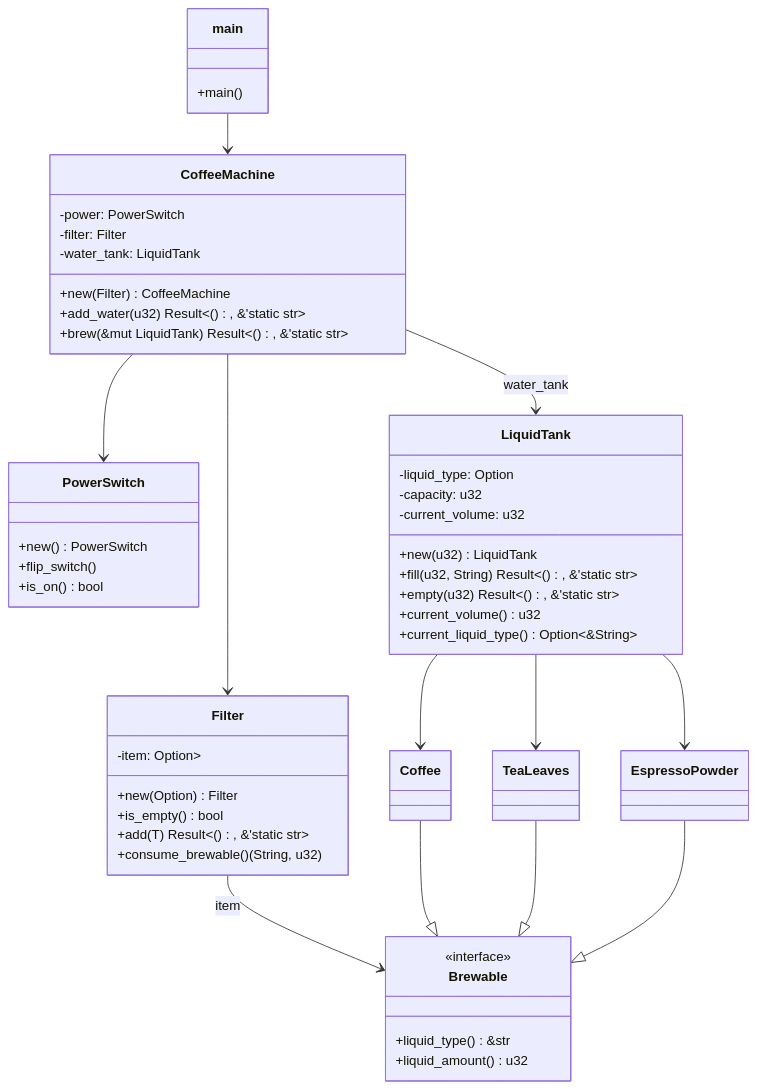
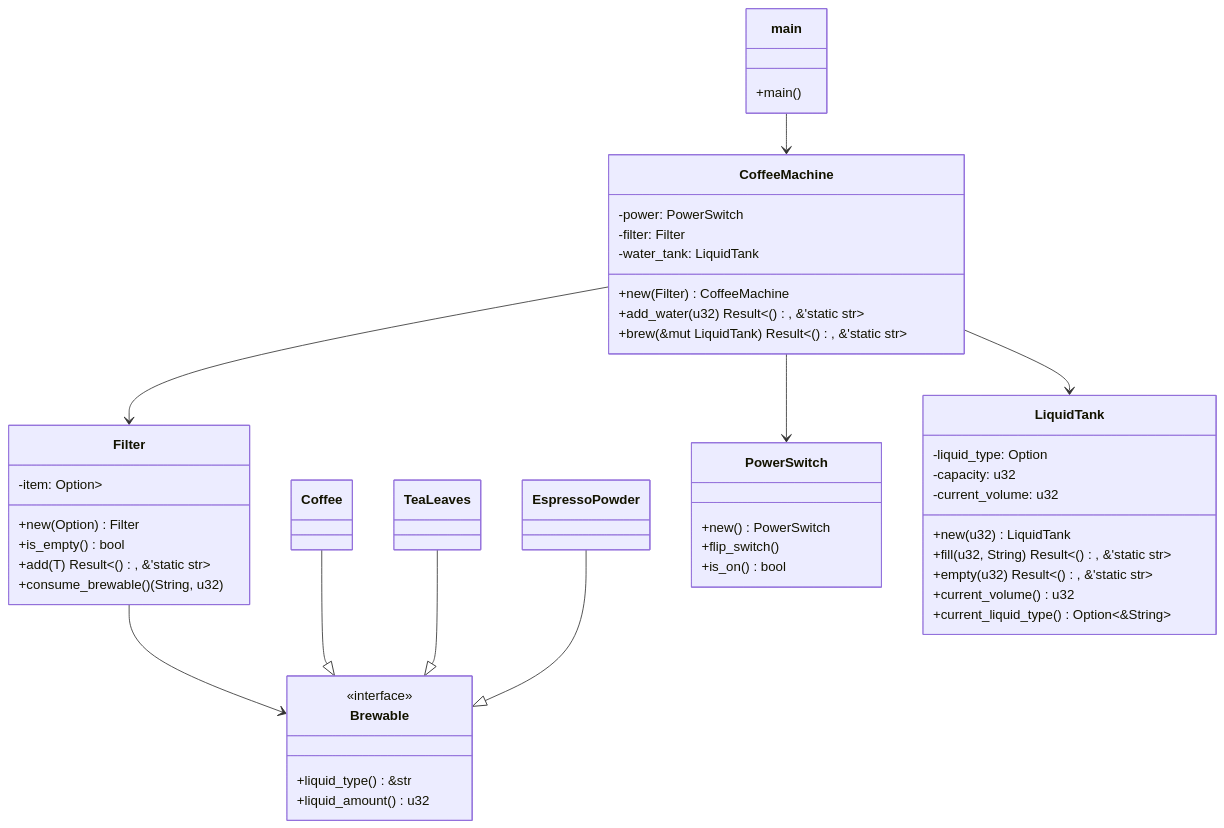
Before and after one commit to emils0/Rust-OOP: the diagram in coffee-machine/README.md, drawn with Mermaid.

Commit message:
Fixed up the diagram a bit.

````diff
--- a/coffee-machine/README.md
+++ b/coffee-machine/README.md
@@ -3,67 +3,59 @@
 ```mermaid
 classDiagram
     class main{
         +main()
     }
 
     class CoffeeMachine{
         +new(Filter) CoffeeMachine
         +add_water(u32) Result<(), &'static str>
         +brew(&mut LiquidTank) Result<(), &'static str>
         -power: PowerSwitch
         -filter: Filter
         -water_tank: LiquidTank
     }
 
     class Brewable{
         <<interface>>
         +liquid_type() &str
         +liquid_amount() u32
     }
 
-    class Coffee{
-    }
-
-    class TeaLeaves{
-    }
-
-    class EspressoPowder{
-    }
+    class Coffee{}
+    class TeaLeaves{}
+    class EspressoPowder{}
 
     class Filter{
         +new(Option<T>) Filter
         +is_empty() bool
         +add(T) Result<(), &'static str>
         +consume_brewable() (String, u32)
         -item: Option<Box<dyn Brewable>>
     }
 
     class PowerSwitch{
         +new() PowerSwitch
         +flip_switch()
         +is_on() bool
     }
 
     class LiquidTank{
         +new(u32) LiquidTank
         +fill(u32, String) Result<(), &'static str>
         +empty(u32) Result<(), &'static str>
         +current_volume() u32
         +current_liquid_type() Option<&String>
         -liquid_type: Option<String>
         -capacity: u32
         -current_volume: u32
     }
 
     main --> CoffeeMachine
     CoffeeMachine --> PowerSwitch
     CoffeeMachine --> Filter
-    CoffeeMachine --> LiquidTank: water_tank
-    Filter --> Brewable: item
-    LiquidTank --> Coffee
-    LiquidTank --> TeaLeaves
-    LiquidTank --> EspressoPowder
+    CoffeeMachine --> LiquidTank
+    Filter --> Brewable
     Coffee --|> Brewable
     TeaLeaves --|> Brewable
     EspressoPowder --|> Brewable
 ```
````
